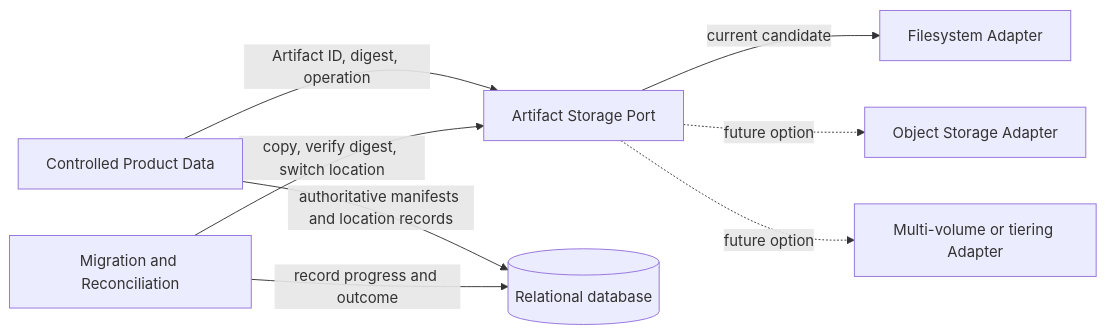
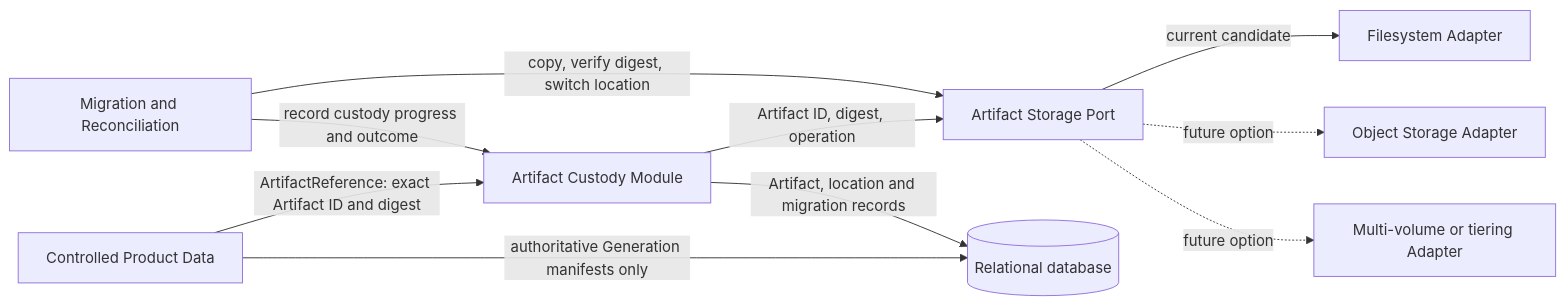
Before and after one commit to devphuclam/IDEAEngineering: diagram 24 of 26 in docs/product/instances/idea-engineering/DOC-05-architecture-description.md, drawn with Mermaid. The commit also changed other lines of this file and 73 other files, not shown here.

Commit message:
docs: correct architecture custody and audit views

````diff
--- a/docs/product/instances/idea-engineering/DOC-05-architecture-description.md
+++ b/docs/product/instances/idea-engineering/DOC-05-architecture-description.md
@@ -1745,13 +1899,15 @@
 ```mermaid
 flowchart LR
     accTitle: Artifact storage evolution boundary
-    accDescr: Controlled Product Data identifies Artifacts by stable identity and digest and calls one storage interface. A filesystem adapter is the current candidate; later object or multi-volume adapters can replace it. Migration copies and verifies bytes before changing location records, without changing Generations or Releases.
+    accDescr: Artifact Custody identifies Artifacts by stable identity and digest and calls one storage interface. Controlled Product Data retains only Artifact References in Generation manifests. A filesystem adapter is the current candidate; later object or multi-volume adapters can replace it. Migration copies and verifies bytes before changing custody location records, without changing Generations or Releases.
 
-    Product[Controlled Product Data] -->|Artifact ID, digest, operation| Port[Artifact Storage Port]
+    Product[Controlled Product Data] -->|ArtifactReference: exact Artifact ID and digest| Custody[Artifact Custody Module]
+    Custody -->|Artifact ID, digest, operation| Port[Artifact Storage Port]
     Port -->|current candidate| FS[Filesystem Adapter]
     Port -.->|future option| OBJ[Object Storage Adapter]
     Port -.->|future option| MULTI[Multi-volume or tiering Adapter]
-    Product -->|authoritative manifests and location records| DB[(Relational database)]
+    Product -->|authoritative Generation manifests only| DB[(Relational database)]
+    Custody -->|Artifact, location and migration records| DB
     MIG[Migration and Reconciliation] -->|copy, verify digest, switch location| Port
-    MIG -->|record progress and outcome| DB
+    MIG -->|record custody progress and outcome| Custody
 ```
````
